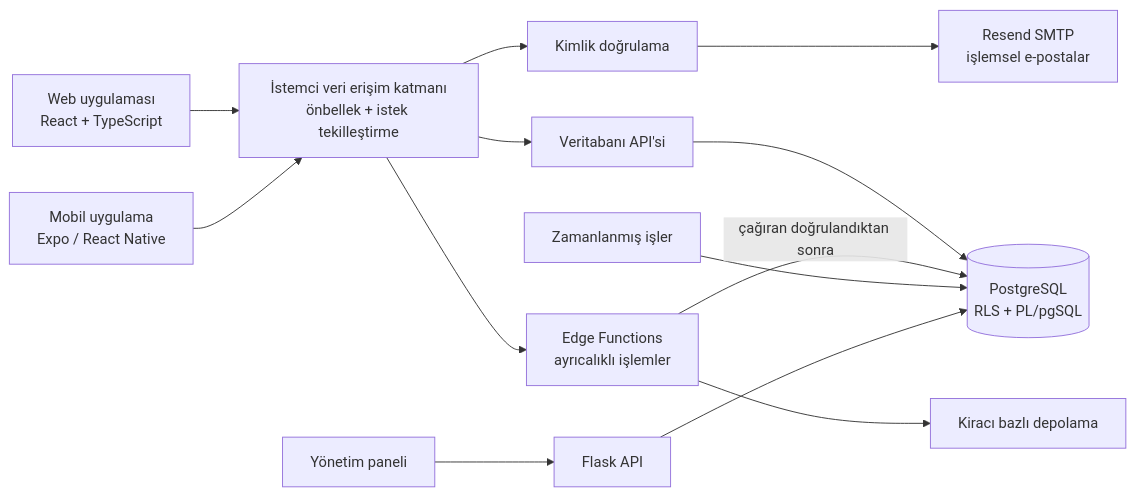
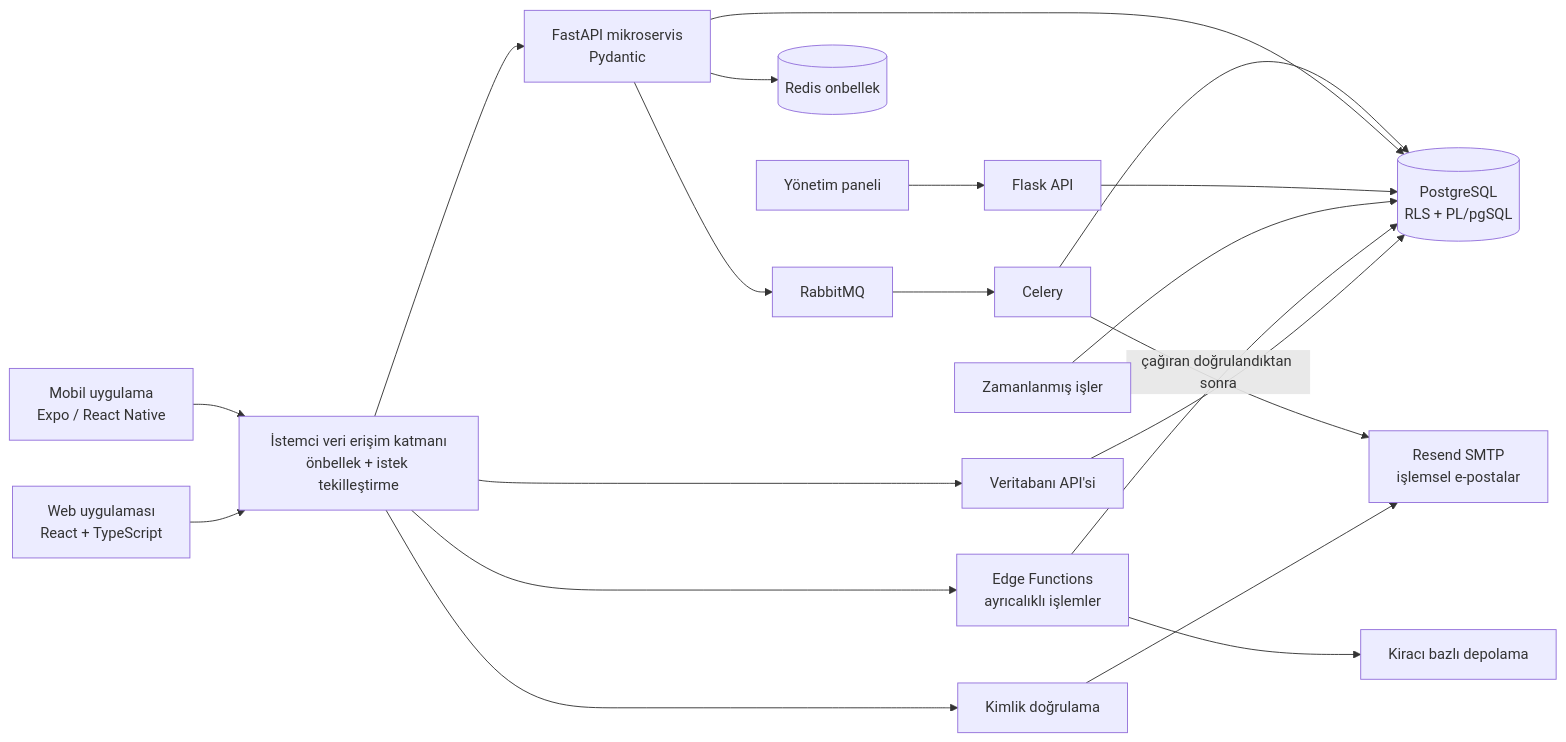
One commit to yunus-emre-mert/Portfolio changed the first of 10 diagrams in projects/2026/saas/clinovatech-platform/README.md. Above: the diagram before and after it, drawn with Mermaid. The commit also changed other lines of this file and 4 other files, not shown here.

````diff
--- a/projects/2026/saas/clinovatech-platform/README.md
+++ b/projects/2026/saas/clinovatech-platform/README.md
@@ -49,15 +50,22 @@
 ```mermaid
 flowchart LR
     Web[Web uygulaması<br/>React + TypeScript] --> DAL[İstemci veri erişim katmanı<br/>önbellek + istek tekilleştirme]
     Mobile[Mobil uygulama<br/>Expo / React Native] --> DAL
     DAL --> Auth[Kimlik doğrulama]
     DAL --> API[Veritabanı API'si]
     DAL --> Edge[Edge Functions<br/>ayrıcalıklı işlemler]
     API --> DB[(PostgreSQL<br/>RLS + PL/pgSQL)]
     Edge -->|çağıran doğrulandıktan sonra| DB
     Edge --> Storage[Kiracı bazlı depolama]
     Jobs[Zamanlanmış işler] --> DB
     Admin[Yönetim paneli] --> Flask[Flask API]
     Flask --> DB
     Auth --> Mail[Resend SMTP<br/>işlemsel e-postalar]
+    DAL --> Svc["FastAPI mikroservis<br/>Pydantic"]
+    Svc --> Redis[(Redis onbellek)]
+    Svc --> DB
+    Svc --> Queue[RabbitMQ]
+    Queue --> Worker[Celery]
+    Worker --> DB
+    Worker --> Mail
 ```
````
